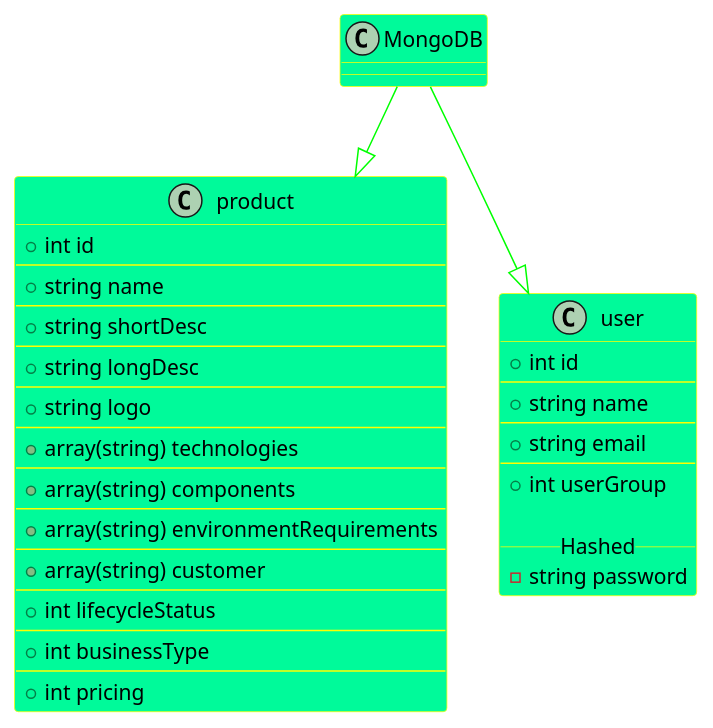
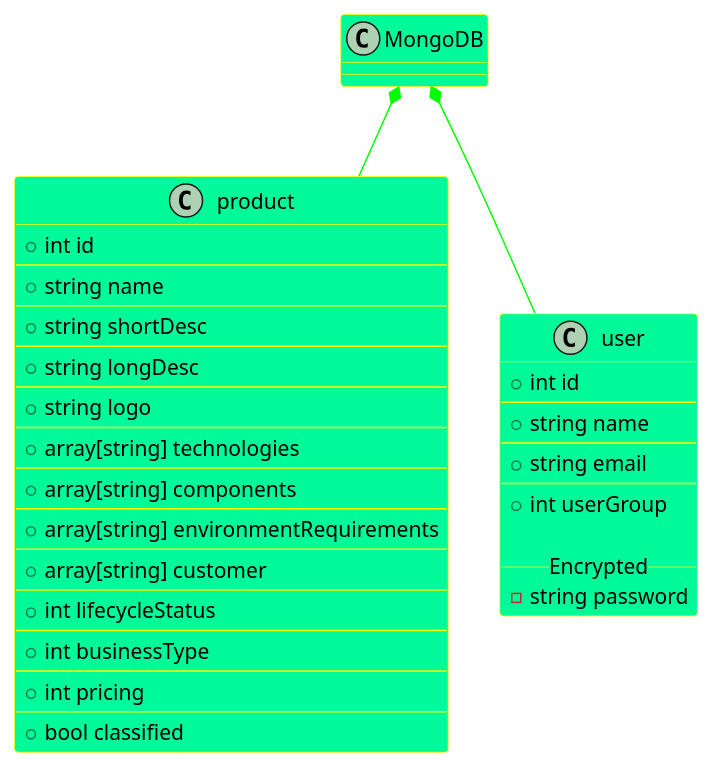
The eighth of 8 diagrams in dokumentit/02-vaatimusmaarittely/vaatimusmaarittely.md (martimik/TuHlaRi-core), drawn with PlantUML before and after one commit.

````diff
--- a/dokumentit/02-vaatimusmaarittely/vaatimusmaarittely.md
+++ b/dokumentit/02-vaatimusmaarittely/vaatimusmaarittely.md
@@ -490,62 +490,64 @@
 ```plantuml
 skinparam sequence {
 	ArrowColor GreenYellow
 	ActorBorderColor GreenYellow
 	ActorBackgroundColor SpringGreen
 	ActorFontColor Black
 	ActorFontSize 17
 	ActorFontName Aapex
 }
 
 skinparam class {
 	BackgroundColor MediumSpringGreen
 	BorderColor Yellow
 
 	ArrowColor Lime
 	ActorBorderColor black
 	ActorFontName Courier
 }
 
-MongoDB --|> product
-MongoDB --|> user
+MongoDB *-- product
+MongoDB *-- user
 
 class product {
  +int id
 --
  +string name
 --
  +string shortDesc
 --
  +string longDesc
 --
  +string logo
 --
- +array(string) technologies
+ +array[string] technologies
 --
- +array(string) components
+ +array[string] components
 --
- +array(string) environmentRequirements
+ +array[string] environmentRequirements
 --
- +array(string) customer
+ +array[string] customer
 --
  +int lifecycleStatus
 --
  +int businessType
 --
  +int pricing
+--
+ +bool classified
 }
 
 class user {
   +int id
 --
   +string name
 --
   +string email
 --
   +int userGroup
 
-__ Hashed __
+__ Encrypted __
   -string password
 }
 
 ```
````
